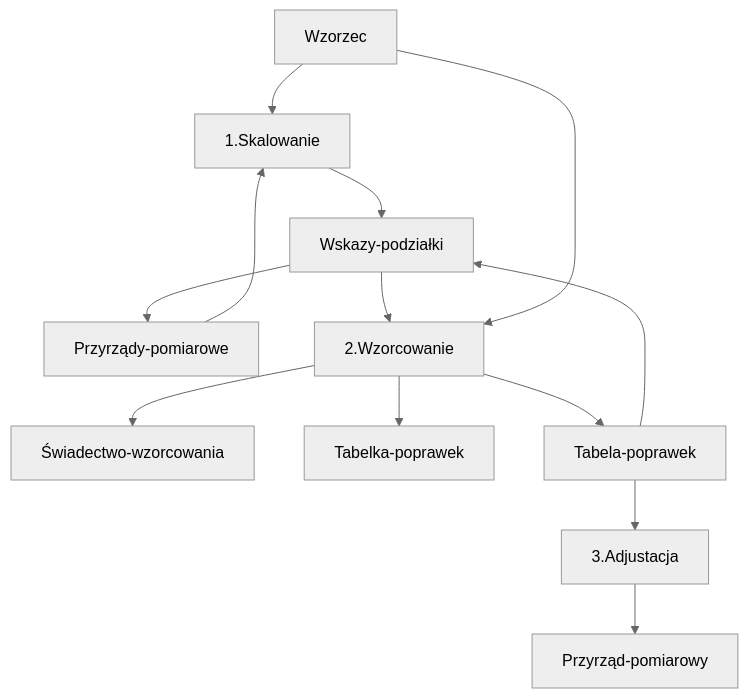
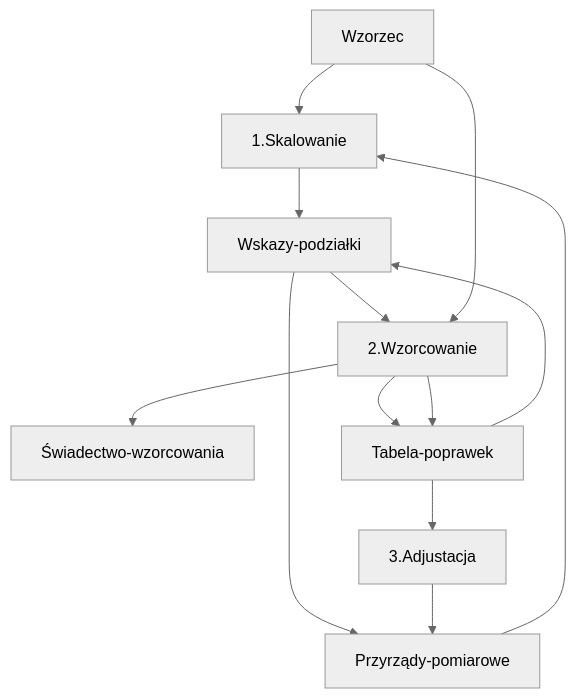
The second of 2 diagrams in Notatki/Miernictwo w informatyce i telekomunikacji/Wykłady/04.10.2022r..md (xederro/Studia), drawn with Mermaid (neutral theme) before and after one commit. The commit also changed other lines of this file and 1 other file, not shown here.

Commit message:
vault backup: 2022-10-04 22:50:31
Affected files:
.obsidian/workspace
Notatki/Miernictwo w informatyce i telekomunikacji/Wykłady/04.10.2022r..md

````diff
--- a/Notatki/Miernictwo w informatyce i telekomunikacji/Wykłady/04.10.2022r..md
+++ b/Notatki/Miernictwo w informatyce i telekomunikacji/Wykłady/04.10.2022r..md
@@ -127,15 +127,15 @@
 ```mermaid
 graph TD;
  1.Skalowanie --> Wskazy-podziałki;
  Wskazy-podziałki --> Przyrządy-pomiarowe;
  Przyrządy-pomiarowe --> 1.Skalowanie;
  Wskazy-podziałki --> 2.Wzorcowanie;
  2.Wzorcowanie --> Świadectwo-wzorcowania;
- 2.Wzorcowanie --> Tabelka-poprawek;
+ 2.Wzorcowanie --> Tabela-poprawek;
  Wzorzec --> 1.Skalowanie;
  Wzorzec --> 2.Wzorcowanie;
  2.Wzorcowanie --> Tabela-poprawek;
  Tabela-poprawek --> Wskazy-podziałki;
  Tabela-poprawek --> 3.Adjustacja;
- 3.Adjustacja --> Przyrząd-pomiarowy;
+ 3.Adjustacja --> Przyrządy-pomiarowe;
 ```
````
